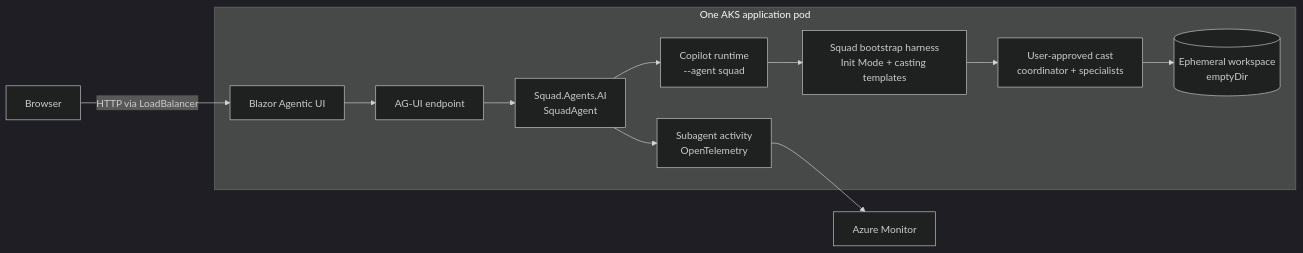
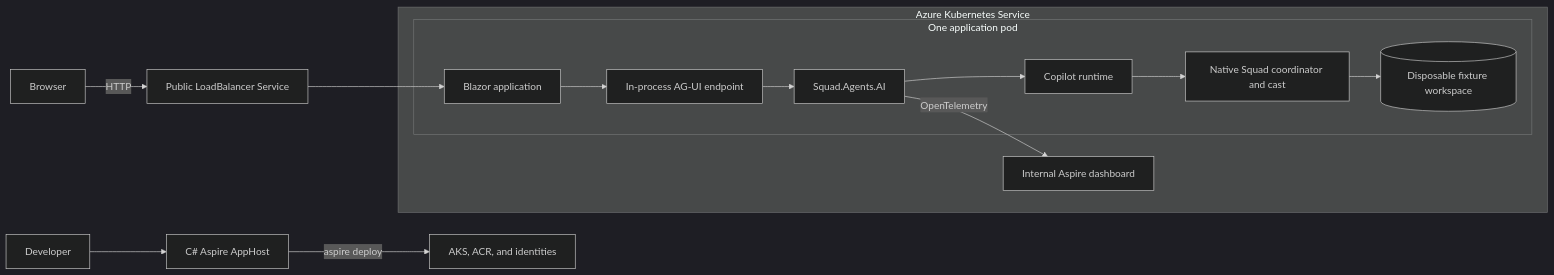
One commit to bradygaster/squad-on-aks changed the first of 2 diagrams in README.md. Above: the diagram before and after it, drawn with Mermaid (dark theme). The commit also changed other lines of this file, not shown here.

First line of the commit message:
docs: align Wave 1 with Aspire on AKS

````diff
--- a/README.md
+++ b/README.md
@@ -48,16 +47,21 @@
 ```mermaid
 flowchart LR
-    USER["Browser"] -->|"HTTP via LoadBalancer"| UI["Blazor Agentic UI"]
+    DEV["Developer"] --> APPHOST["C# Aspire AppHost"]
+    APPHOST -->|"aspire deploy"| AZURE["AKS, ACR, and identities"]
 
-    subgraph POD["One AKS application pod"]
-        UI --> AGUI["AG-UI endpoint"]
-        AGUI --> AGENT["Squad.Agents.AI<br/>SquadAgent"]
-        AGENT --> COPILOT["Copilot runtime<br/>--agent squad"]
-        COPILOT --> BOOTSTRAP["Squad bootstrap harness<br/>Init Mode + casting templates"]
-        BOOTSTRAP --> SQUAD["User-approved cast<br/>coordinator + specialists"]
-        SQUAD --> WORKSPACE[("Ephemeral workspace<br/>emptyDir")]
-        AGENT --> TRACE["Subagent activity<br/>OpenTelemetry"]
+    USER["Browser"] -->|"HTTP"| LB["Public LoadBalancer Service"]
+    LB --> UI["Blazor application"]
+
+    subgraph AKS["Azure Kubernetes Service"]
+        subgraph POD["One application pod"]
+            UI --> AGUI["In-process AG-UI endpoint"]
+            AGUI --> AGENT["Squad.Agents.AI"]
+            AGENT --> COPILOT["Copilot runtime"]
+            COPILOT --> SQUAD["Native Squad coordinator and cast"]
+            SQUAD --> WORKSPACE[("Disposable fixture workspace")]
+        end
+
+        DASH["Internal Aspire dashboard"]
+        AGENT -->|"OpenTelemetry"| DASH
     end
-
-    TRACE --> MONITOR["Azure Monitor"]
 ```
````
